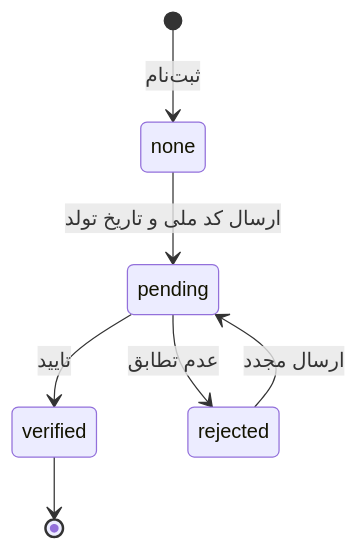
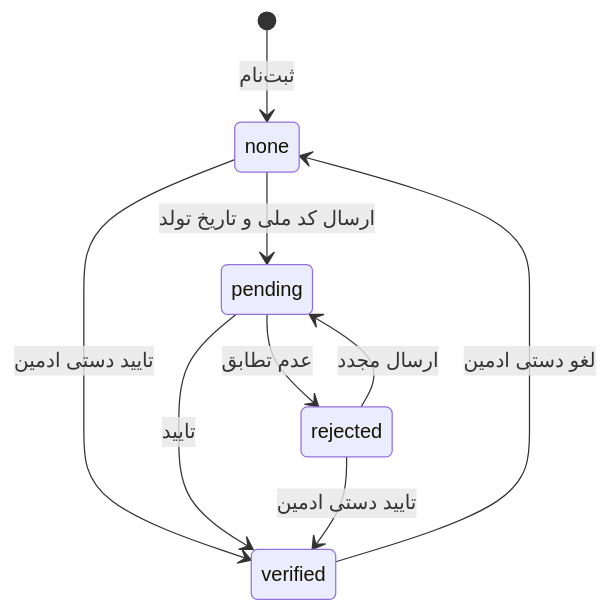
The sixth of 6 diagrams in docs/02-domain/state-machines.md (aicenter320-del/7manzome), drawn with Mermaid before and after one commit. The commit also changed other lines of this file and 59 other files, not shown here.

````diff
--- a/docs/02-domain/state-machines.md
+++ b/docs/02-domain/state-machines.md
@@ -101,9 +110,11 @@
 ```mermaid
 stateDiagram-v2
     [*] --> none: ثبت‌نام
     none --> pending: ارسال کد ملی و تاریخ تولد
+    none --> verified: تایید دستی ادمین
     pending --> verified: تایید
     pending --> rejected: عدم تطابق
     rejected --> pending: ارسال مجدد
-    verified --> [*]
+    rejected --> verified: تایید دستی ادمین
+    verified --> none: لغو دستی ادمین
 ```
````
